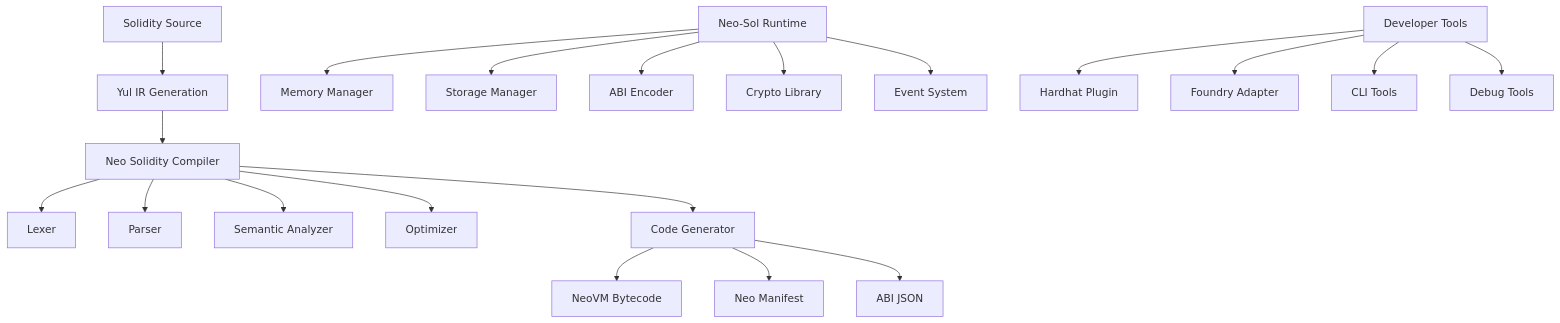
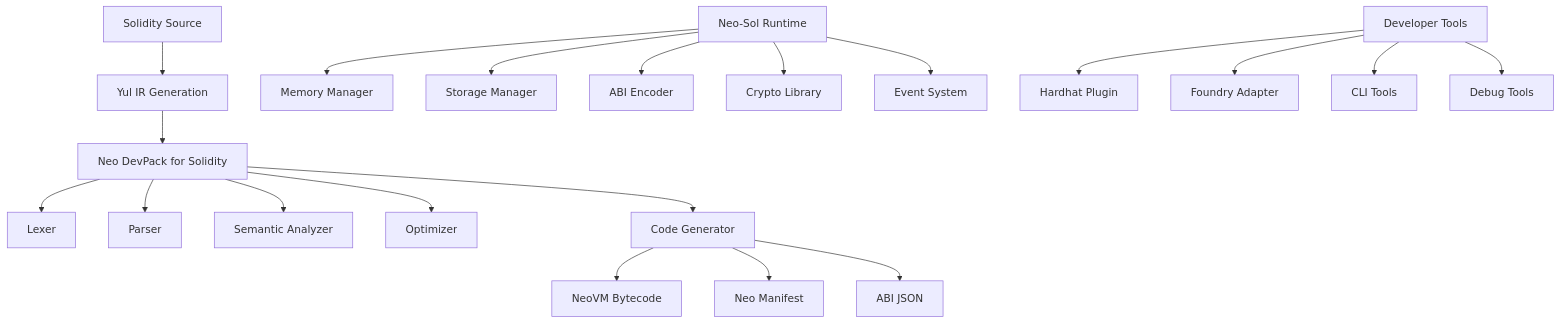
The diagram in README.md (r3e-network/neo-solidity), drawn with Mermaid before and after one commit. The commit also changed other lines of this file and 406 other files, not shown here.

First line of the commit message:
Rename project to neo-devpack-solidity for devpack consistency

````diff
--- a/README.md
+++ b/README.md
@@ -273,24 +273,24 @@
 ```mermaid
 graph TB
     A[Solidity Source] --> B[Yul IR Generation]
-    B --> C[Neo Solidity Compiler]
+    B --> C[Neo DevPack for Solidity]
     C --> D[Lexer]
     C --> E[Parser]
     C --> F[Semantic Analyzer]
     C --> G[Optimizer]
     C --> H[Code Generator]
     H --> I[NeoVM Bytecode]
     H --> J[Neo Manifest]
     H --> K[ABI JSON]
 
     L[Neo-Sol Runtime] --> M[Memory Manager]
     L --> N[Storage Manager]
     L --> O[ABI Encoder]
     L --> P[Crypto Library]
     L --> Q[Event System]
 
     R[Developer Tools] --> S[Hardhat Plugin]
     R --> T[Foundry Adapter]
     R --> U[CLI Tools]
     R --> V[Debug Tools]
 ```
````
